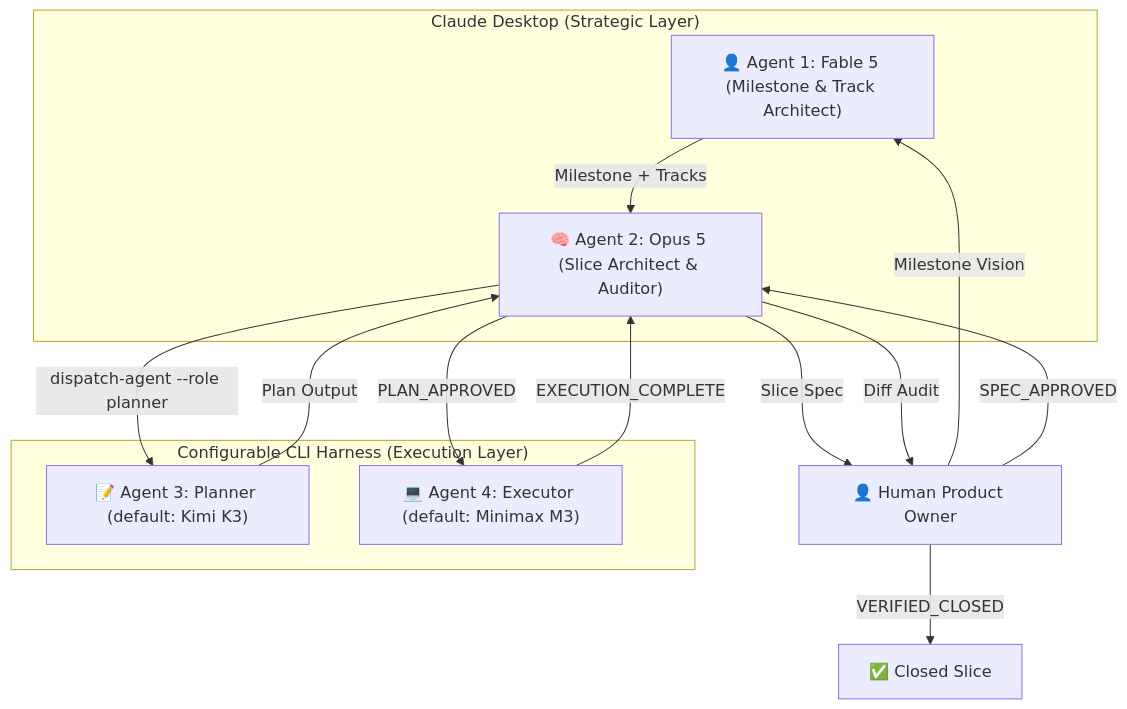
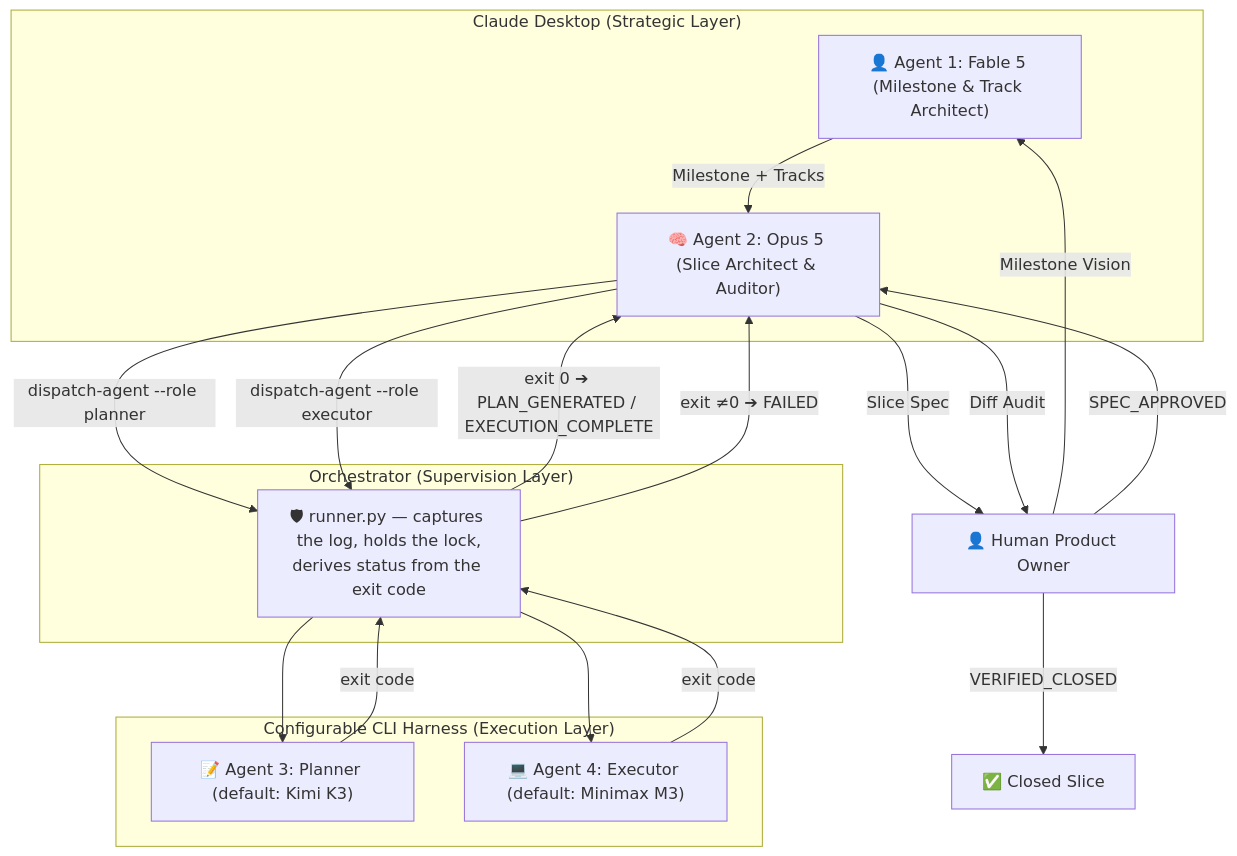
The diagram in README.md (ramil-zakirov-dev/superpowers-multiagents), drawn with Mermaid before and after one commit. The commit also changed other lines of this file and 3 other files, not shown here.

````diff
--- a/README.md
+++ b/README.md
@@ -50,24 +50,32 @@
 ```mermaid
 flowchart TD
     subgraph GUI ["Claude Desktop (Strategic Layer)"]
         A1["👤 Agent 1: Fable 5 (Milestone & Track Architect)"]
         A2["🧠 Agent 2: Opus 5 (Slice Architect & Auditor)"]
+    end
+
+    subgraph SUP ["Orchestrator (Supervision Layer)"]
+        R["🛡 runner.py — captures the log, holds the lock,<br/>derives status from the exit code"]
     end
 
     subgraph CLI ["Configurable CLI Harness (Execution Layer)"]
         A3["📝 Agent 3: Planner (default: Kimi K3)"]
         A4["💻 Agent 4: Executor (default: Minimax M3)"]
     end
 
     Human["👤 Human Product Owner"] -->|"Milestone Vision"| A1
     A1 -->|"Milestone + Tracks"| A2
     A2 -->|"Slice Spec"| Human
     Human -->|"SPEC_APPROVED"| A2
 
-    A2 -->|"dispatch-agent --role planner"| A3
-    A3 -->|"Plan Output"| A2
-    A2 -->|"PLAN_APPROVED"| A4
-    A4 -->|"EXECUTION_COMPLETE"| A2
+    A2 -->|"dispatch-agent --role planner"| R
+    A2 -->|"dispatch-agent --role executor"| R
+    R --> A3
+    R --> A4
+    A3 -->|"exit code"| R
+    A4 -->|"exit code"| R
+    R -->|"exit 0 ➔ PLAN_GENERATED / EXECUTION_COMPLETE"| A2
+    R -->|"exit ≠0 ➔ FAILED"| A2
     A2 -->|"Diff Audit"| Human
     Human -->|"VERIFIED_CLOSED"| Done["✅ Closed Slice"]
 ```
````
